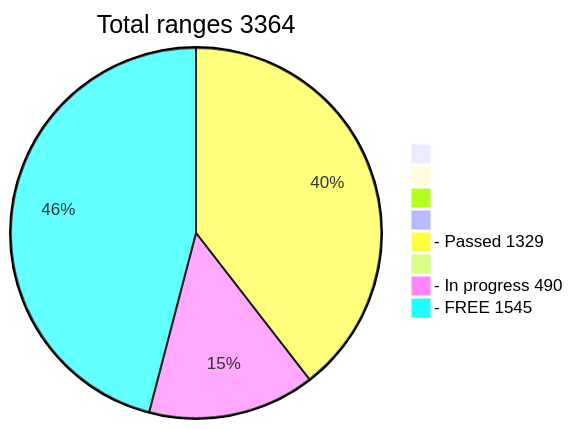
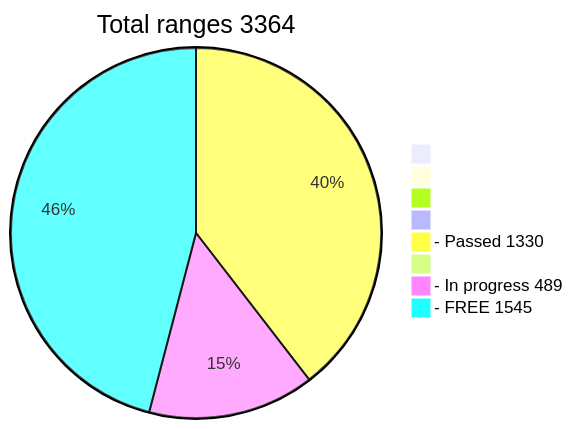
The diagram in README.md (phrutis/wif500), drawn with Mermaid before and after one commit.

````diff
--- a/README.md
+++ b/README.md
@@ -16,12 +16,12 @@
 ```mermaid
 pie title Total ranges 3364
              " " : 0
             "  " : 0
            "   " : 0
           "    " : 0
-  "- Passed 1329" : 1329
+  "- Passed 1330" : 1330
          "     " : 0
-  "- In progress 490" : 490
+  "- In progress 489" : 489
    "- FREE 1545" : 1545
    
 ```
````
